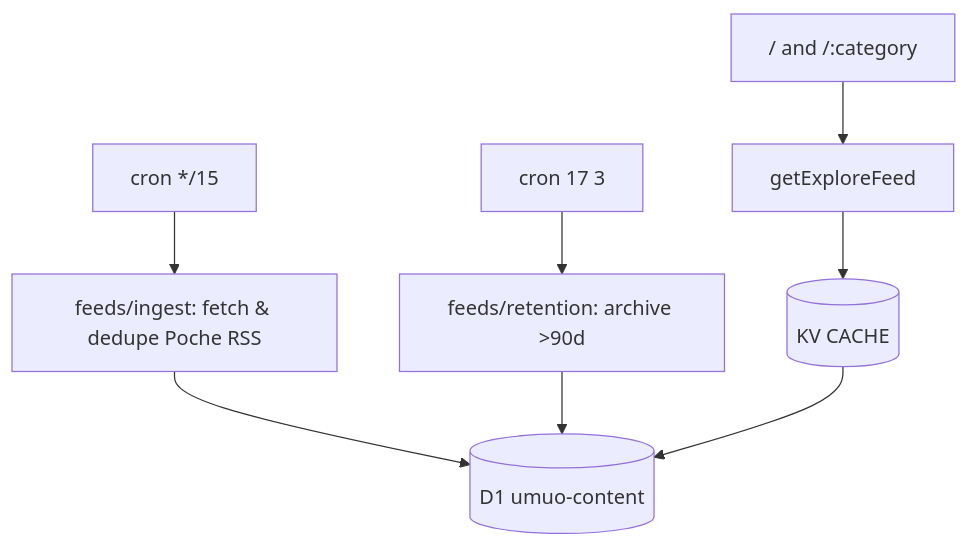
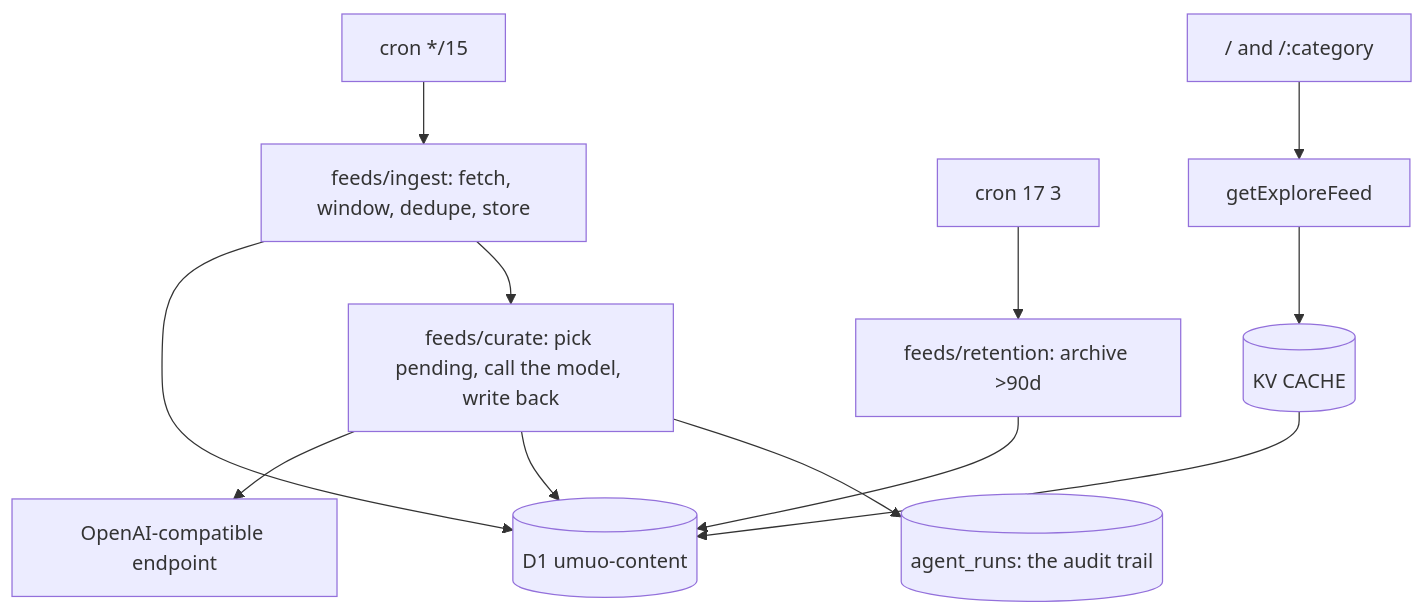
Before and after one commit to youming-ai/ai: the diagram in AGENTS.md, drawn with Mermaid. The commit also changed other lines of this file and 32 other files, not shown here.

First line of the commit message:
feat(feeds): pivot to a curated AI-hardware desk, with the model as classifier

````diff
--- a/AGENTS.md
+++ b/AGENTS.md
@@ -11,9 +11,13 @@
 ```mermaid
 graph TD
-  Cron["cron */15"] --> Ingest[feeds/ingest: fetch & dedupe Poche RSS]
+  Cron["cron */15"] --> Ingest[feeds/ingest: fetch, window, dedupe, store]
   Ingest --> D1[(D1 umuo-content)]
+  Ingest --> Curate[feeds/curate: pick pending, call the model, write back]
+  Curate --> LLM[OpenAI-compatible endpoint]
+  Curate --> D1
+  Curate --> Runs[(agent_runs: the audit trail)]
   Sweep["cron 17 3"] --> Retention[feeds/retention: archive >90d]
   Retention --> D1
 
   Home["/ and /:category"] --> Explore[getExploreFeed] --> KV1[(KV CACHE)] --> D1
 ```
````
